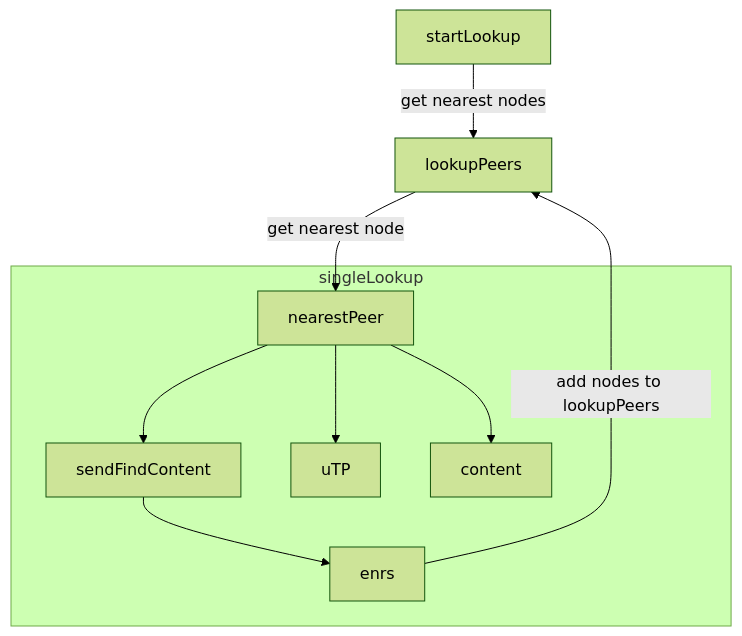
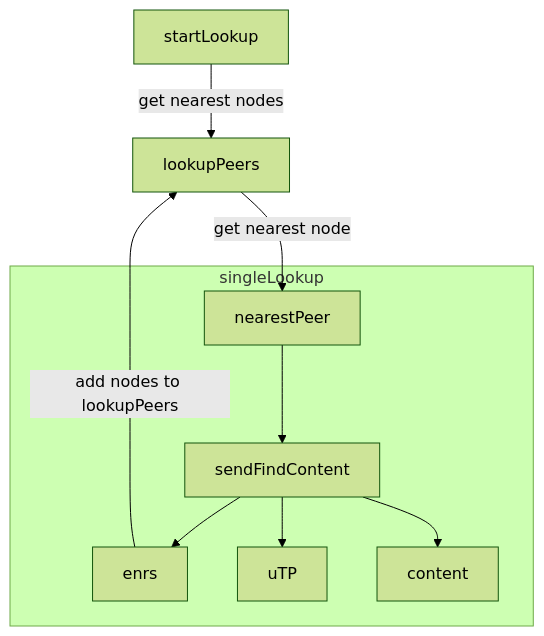
Before and after one commit to ethereumjs/ultralight: the third of 4 diagrams in packages/portalnetwork/ARCHITECTURE.md, drawn with Mermaid (forest theme).

Commit message:
Fix content lookup

````diff
--- a/packages/portalnetwork/ARCHITECTURE.md
+++ b/packages/portalnetwork/ARCHITECTURE.md
@@ -31,12 +31,12 @@
 ```mermaid
     graph TD
         startLookup--get nearest nodes --> lookupPeers
         lookupPeers--get nearest node--> nearestPeer
         subgraph singleLookup
         nearestPeer --> sendFindContent
         sendFindContent --> enrs
-        nearestPeer --> uTP
-        nearestPeer --> content
+        sendFindContent --> uTP
+        sendFindContent --> content
         end
         enrs--add nodes to lookupPeers--> lookupPeers
 ```
````
